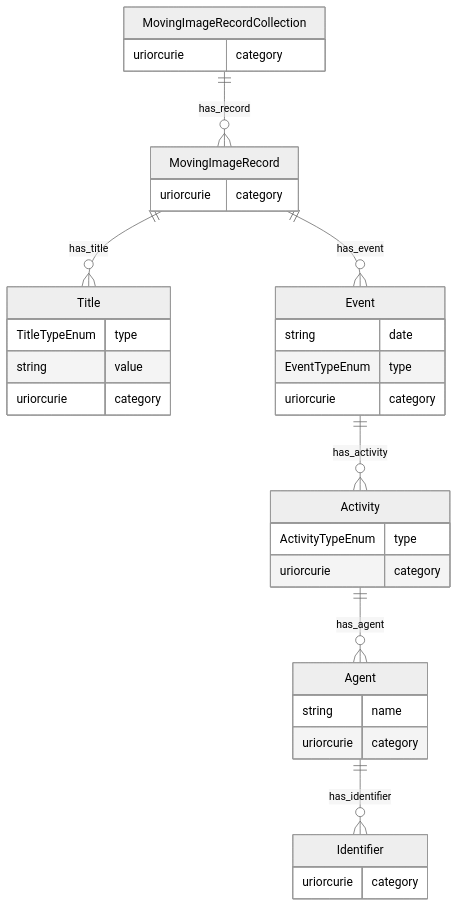
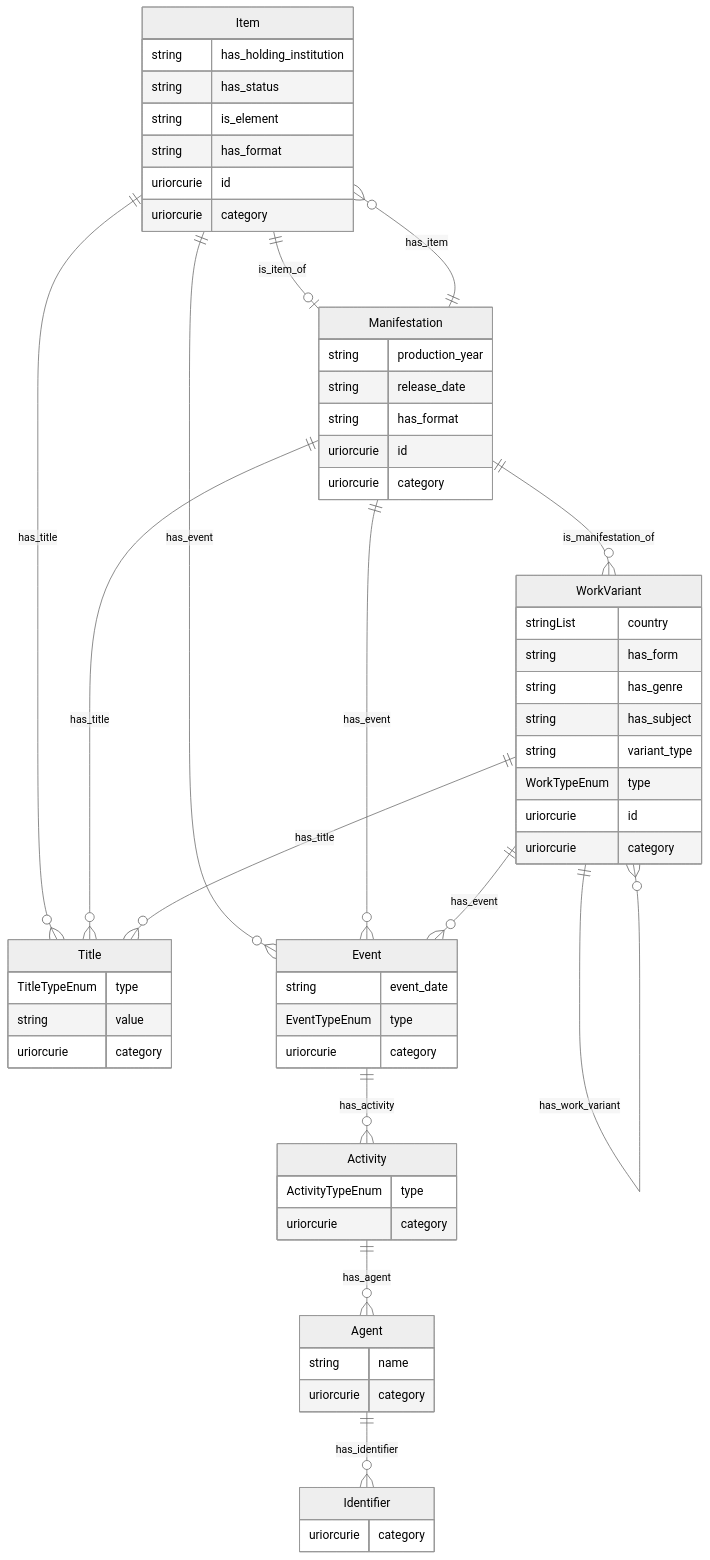
The diagram in av_efi_schema.md (AV-EFI/av-efi-schema), drawn with Mermaid (neutral theme) before and after one commit. The commit also changed 8 other files, not shown here.

````diff
--- a/av_efi_schema.md
+++ b/av_efi_schema.md
@@ -1,38 +1,64 @@
 ```mermaid
 erDiagram
-MovingImageRecordCollection {
-    uriorcurie category  
-}
-MovingImageRecord {
+Item {
+    string has_holding_institution  
+    string has_status  
+    string is_element  
+    string has_format  
+    uriorcurie id  
     uriorcurie category  
 }
 Title {
     TitleTypeEnum type  
     string value  
     uriorcurie category  
 }
 Event {
-    string date  
+    string event_date  
     EventTypeEnum type  
     uriorcurie category  
 }
 Activity {
     ActivityTypeEnum type  
     uriorcurie category  
 }
 Agent {
     string name  
     uriorcurie category  
 }
 Identifier {
     uriorcurie category  
 }
+Manifestation {
+    string production_year  
+    string release_date  
+    string has_format  
+    uriorcurie id  
+    uriorcurie category  
+}
+WorkVariant {
+    stringList country  
+    string has_form  
+    string has_genre  
+    string has_subject  
+    string variant_type  
+    WorkTypeEnum type  
+    uriorcurie id  
+    uriorcurie category  
+}
 
-MovingImageRecordCollection ||--}o MovingImageRecord : "has_record"
-MovingImageRecord ||--}o Event : "has_event"
-MovingImageRecord ||--}o Title : "has_title"
+Item ||--|o Manifestation : "is_item_of"
+Item ||--}o Event : "has_event"
+Item ||--}o Title : "has_title"
 Event ||--}o Activity : "has_activity"
 Activity ||--}o Agent : "has_agent"
 Agent ||--}o Identifier : "has_identifier"
+Manifestation ||--}o Item : "has_item"
+Manifestation ||--}o WorkVariant : "is_manifestation_of"
+Manifestation ||--}o Event : "has_event"
+Manifestation ||--}o Title : "has_title"
+WorkVariant ||--}o WorkVariant : "has_work_variant"
+WorkVariant ||--}o Event : "has_event"
+WorkVariant ||--}o Title : "has_title"
 
 ```
````
